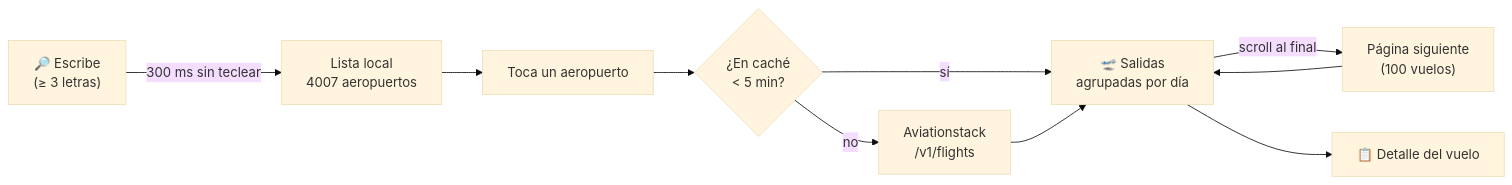
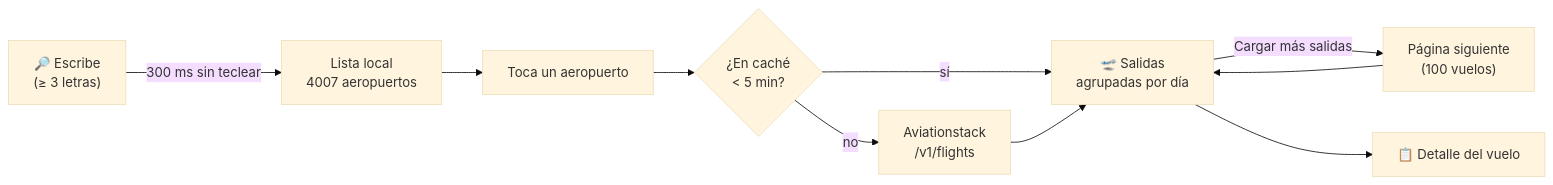
Before and after one commit to aarcala10/aviation: the first of 3 diagrams in README.md, drawn with Mermaid (base theme). The commit also changed other lines of this file and 8 other files, not shown here.

````diff
--- a/README.md
+++ b/README.md
@@ -64,10 +64,10 @@
 ```mermaid
 flowchart LR
     A["🔎 Escribe<br/>(≥ 3 letras)"] -->|300 ms sin teclear| B["Lista local<br/>4007 aeropuertos"]
     B --> C["Toca un aeropuerto"]
     C --> D{"¿En caché<br/>< 5 min?"}
     D -->|sí| E["🛫 Salidas<br/>agrupadas por día"]
     D -->|no| F["Aviationstack<br/>/v1/flights"] --> E
-    E -->|scroll al final| G["Página siguiente<br/>(100 vuelos)"] --> E
+    E -->|"Cargar más salidas"| G["Página siguiente<br/>(100 vuelos)"] --> E
     E --> H["📋 Detalle del vuelo"]
 ```
````
